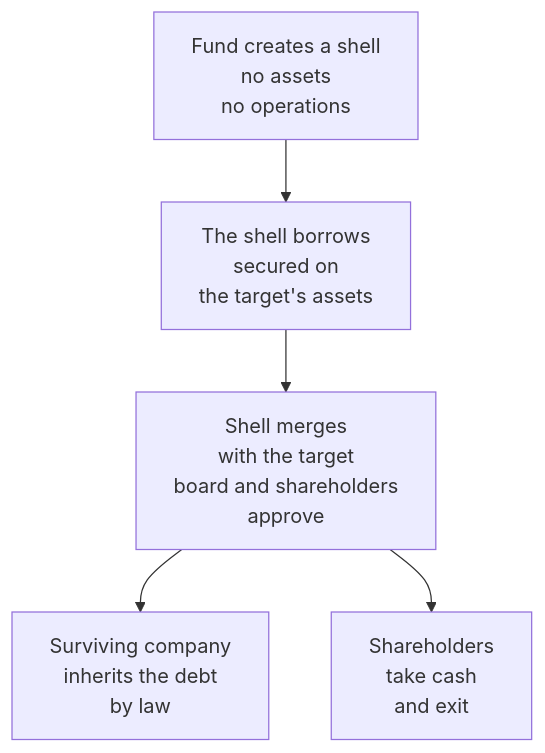
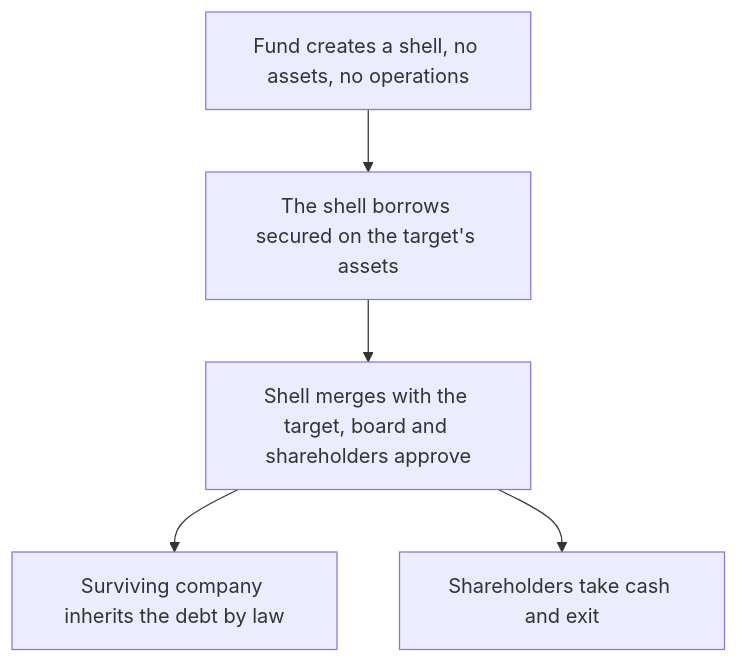
One commit to pcg-87/pcg-87.github.io changed the first of 2 diagrams in _posts/2026-10-01-heads-i-win-tails-you-lose.md. Above: the diagram before and after it, drawn with Mermaid. The commit also changed other lines of this file and 2 other files, not shown here.

First line of the commit message:
Centre diagrams on the text column and unwrap their labels

````diff
--- a/_posts/2026-10-01-heads-i-win-tails-you-lose.md
+++ b/_posts/2026-10-01-heads-i-win-tails-you-lose.md
@@ -43,7 +43,7 @@
 ```mermaid
 flowchart TD
-    A["Fund creates a shell<br/>no assets<br/>no operations"] --> B["The shell borrows<br/>secured on<br/>the target's assets"]
-    B --> C["Shell merges<br/>with the target<br/>board and shareholders<br/>approve"]
-    C --> D["Surviving company<br/>inherits the debt<br/>by law"]
-    C --> E["Shareholders<br/>take cash<br/>and exit"]
+    A["Fund creates a shell, no assets, no operations"] --> B["The shell borrows secured on the target's assets"]
+    B --> C["Shell merges with the target, board and shareholders approve"]
+    C --> D["Surviving company inherits the debt by law"]
+    C --> E["Shareholders take cash and exit"]
 ```
````
